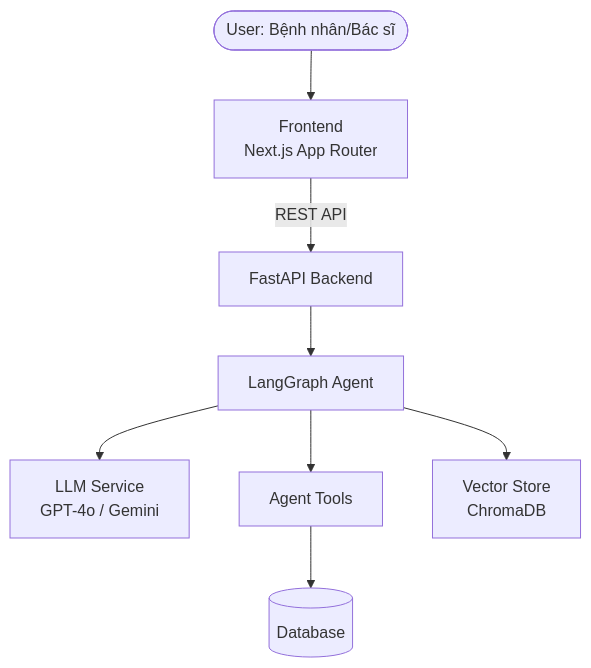
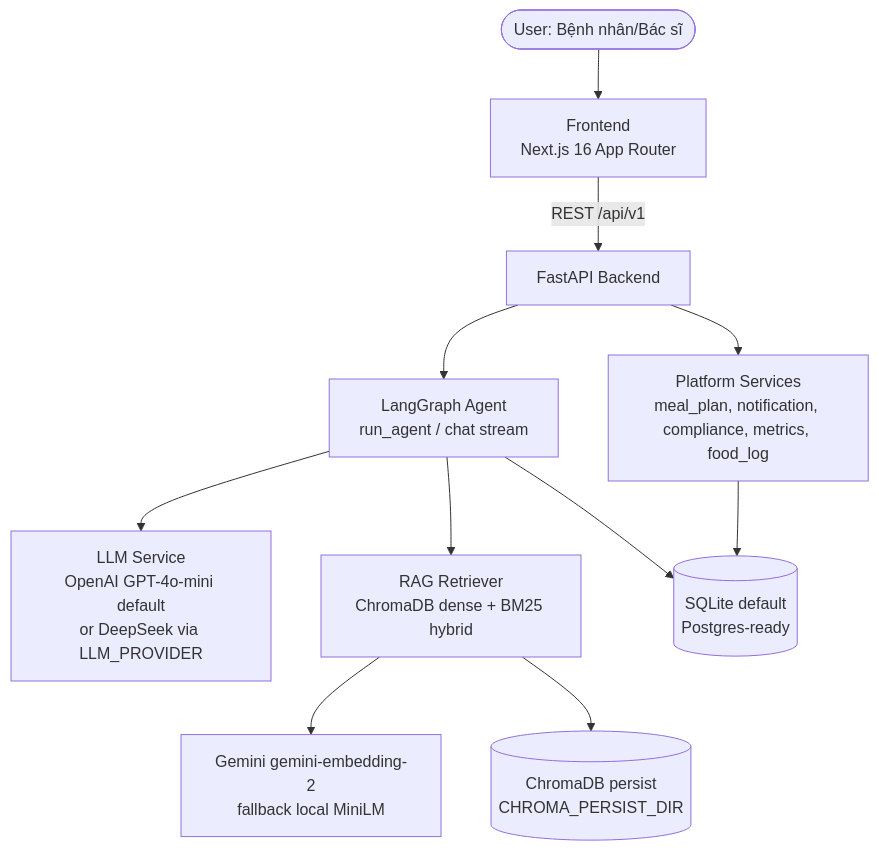
One commit to anhdotu0912/mohinhhoa changed the first of 2 diagrams in docs/architecture_diagram.md. Above: the diagram before and after it, drawn with Mermaid. The commit also changed other lines of this file and 69 other files, not shown here.

First line of the commit message:
Cải thiện tính năng quản lý mật khẩu và tuân thủ quy định và log ghi nhận của user

````diff
--- a/docs/architecture_diagram.md
+++ b/docs/architecture_diagram.md
@@ -5,10 +5,13 @@
 ```mermaid
 graph TB
-    User([User: Bệnh nhân/Bác sĩ]) --> UI[Frontend<br/>Next.js App Router]
-    UI -->|REST API| API[FastAPI Backend]
-    API --> Agent[LangGraph Agent]
-    Agent --> LLM[LLM Service<br/>GPT-4o / Gemini]
-    Agent --> Tools[Agent Tools]
-    Tools --> DB[(Database)]
-    Agent --> VS[Vector Store<br/>ChromaDB]
+    User([User: Bệnh nhân/Bác sĩ]) --> UI[Frontend<br/>Next.js 16 App Router]
+    UI -->|REST /api/v1| API[FastAPI Backend]
+    API --> Agent[LangGraph Agent<br/>run_agent / chat stream]
+    Agent --> LLM[LLM Service<br/>OpenAI GPT-4o-mini default<br/>or DeepSeek via LLM_PROVIDER]
+    Agent --> RAG[RAG Retriever<br/>ChromaDB dense + BM25 hybrid]
+    RAG --> Embed[Gemini gemini-embedding-2<br/>fallback local MiniLM]
+    Agent --> DB[(SQLite default<br/>Postgres-ready)]
+    API --> Services[Platform Services<br/>meal_plan, notification, compliance, metrics, food_log]
+    Services --> DB
+    RAG --> VS[(ChromaDB persist<br/>CHROMA_PERSIST_DIR)]
 ```
````
